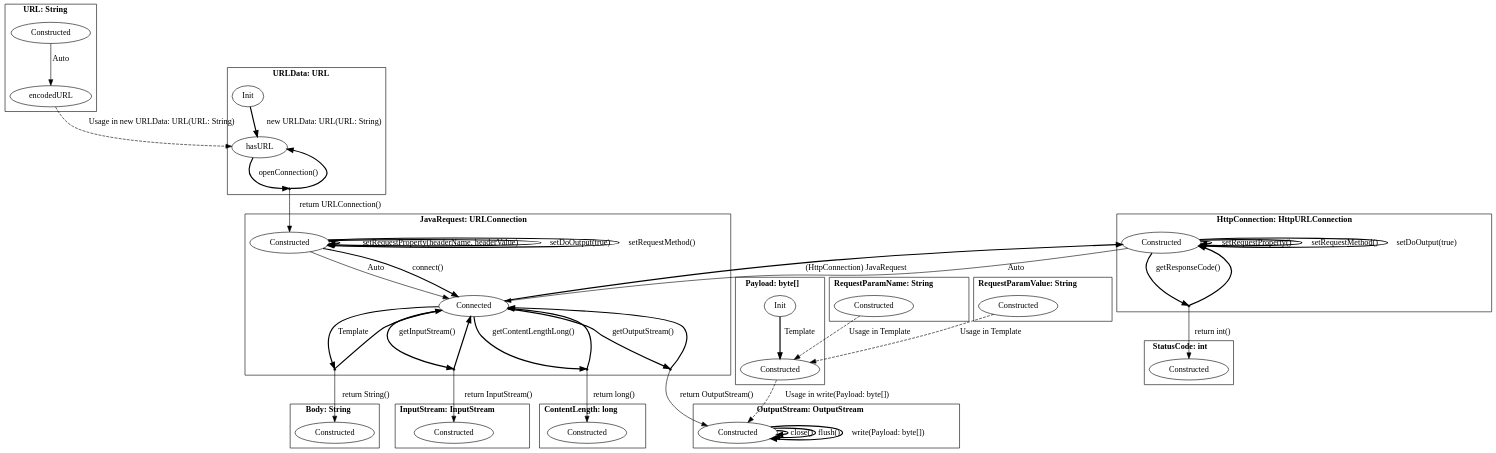
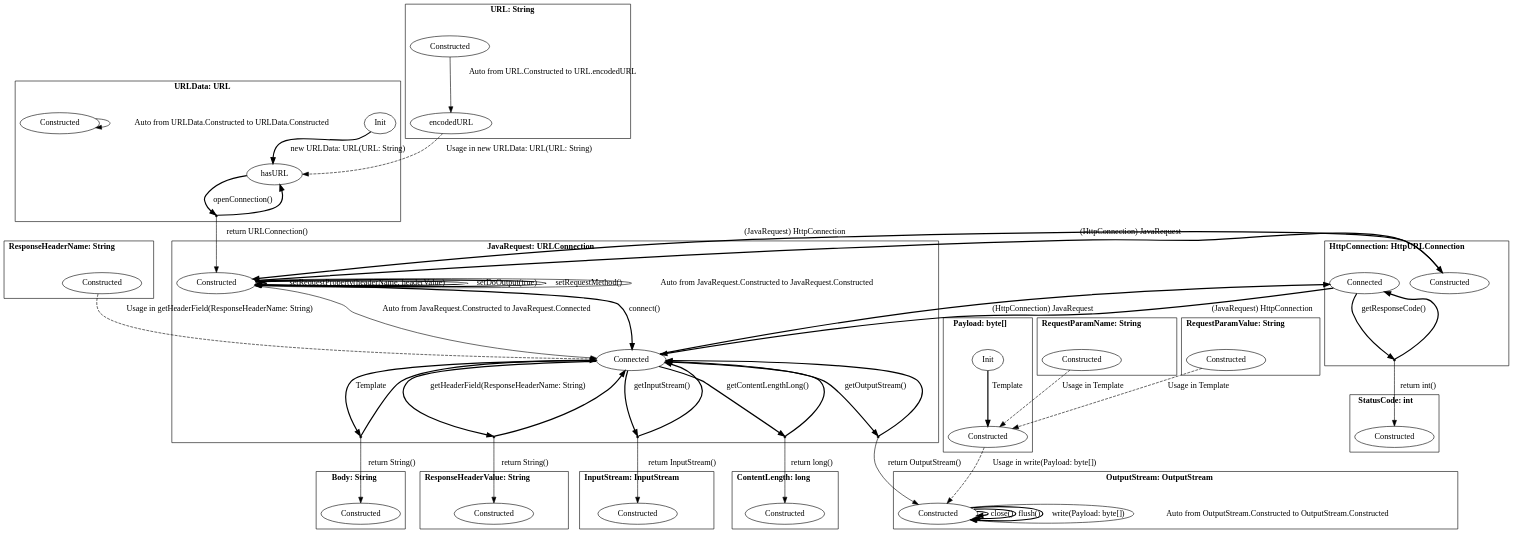
The diagram in pictures/java.dot (h31/LibraryMigration), drawn with Graphviz before and after one commit. The commit also changed 14 other files, not shown here.

```diff
--- a/pictures/java.dot
+++ b/pictures/java.dot
@@ -1,99 +1,116 @@
 digraph G {
     bgcolor="transparent";
     subgraph cluster0 {
     label = <<B>URL: String</B>>;
         Constructed_URL [ label="Constructed" ];
         encodedURL_URL [ label="encodedURL" ];
     }
     subgraph cluster1 {
     label = <<B>URLData: URL</B>>;
         Init_URLData [ label="Init" ];
         hasURL_URLData [ label="hasURL" ];
+        Constructed_URLData [ label="Constructed" ];
         virtual0 [ shape = point ];
     }
     subgraph cluster2 {
     label = <<B>JavaRequest: URLConnection</B>>;
         Constructed_JavaRequest [ label="Constructed" ];
         Connected_JavaRequest [ label="Connected" ];
         virtual1 [ shape = point ];
         virtual2 [ shape = point ];
         virtual3 [ shape = point ];
         virtual4 [ shape = point ];
+        virtual5 [ shape = point ];
     }
     subgraph cluster3 {
     label = <<B>Body: String</B>>;
         Constructed_Body [ label="Constructed" ];
     }
     subgraph cluster4 {
     label = <<B>InputStream: InputStream</B>>;
         Constructed_InputStream [ label="Constructed" ];
     }
     subgraph cluster5 {
     label = <<B>ContentLength: long</B>>;
         Constructed_ContentLength [ label="Constructed" ];
     }
     subgraph cluster6 {
     label = <<B>StatusCode: int</B>>;
         Constructed_StatusCode [ label="Constructed" ];
     }
     subgraph cluster7 {
     label = <<B>HttpConnection: HttpURLConnection</B>>;
         Constructed_HttpConnection [ label="Constructed" ];
-        virtual5 [ shape = point ];
+        Connected_HttpConnection [ label="Connected" ];
+        virtual6 [ shape = point ];
     }
     subgraph cluster8 {
     label = <<B>OutputStream: OutputStream</B>>;
         Constructed_OutputStream [ label="Constructed" ];
     }
     subgraph cluster9 {
     label = <<B>Payload: byte[]</B>>;
         Init_Payload [ label="Init" ];
         Constructed_Payload [ label="Constructed" ];
     }
     subgraph cluster10 {
     label = <<B>RequestParamName: String</B>>;
         Constructed_RequestParamName [ label="Constructed" ];
     }
     subgraph cluster11 {
     label = <<B>RequestParamValue: String</B>>;
         Constructed_RequestParamValue [ label="Constructed" ];
     }
-        Constructed_URL -> encodedURL_URL [ label="Auto", style = "solid"  ];
+    subgraph cluster12 {
+    label = <<B>ResponseHeaderName: String</B>>;
+        Constructed_ResponseHeaderName [ label="Constructed" ];
+    }
+    subgraph cluster13 {
+    label = <<B>ResponseHeaderValue: String</B>>;
+        Constructed_ResponseHeaderValue [ label="Constructed" ];
+    }
+        Constructed_URL -> encodedURL_URL [ label="Auto from URL.Constructed to URL.encodedURL", style = "solid"  ];
         encodedURL_URL -> hasURL_URLData [ label="Usage in new URLData: URL(URL: String)", style = "dashed"  ];
         Init_URLData -> hasURL_URLData [ label="new URLData: URL(URL: String)", style = "bold"  ];
         hasURL_URLData -> virtual0 [ style = "bold" label="openConnection()"  ];
         virtual0 -> hasURL_URLData [ style = "bold"  ];
         virtual0 -> Constructed_JavaRequest [ label="return URLConnection()"  ];
-        Constructed_JavaRequest -> Connected_JavaRequest [ label="Auto", style = "solid"  ];
+        Constructed_URLData -> Constructed_URLData [ label="Auto from URLData.Constructed to URLData.Constructed", style = "solid"  ];
+        Constructed_JavaRequest -> Constructed_HttpConnection [ label="(HttpConnection) JavaRequest", style = "bold"  ];
+        Connected_JavaRequest -> Connected_HttpConnection [ label="(HttpConnection) JavaRequest", style = "bold"  ];
+        Constructed_JavaRequest -> Connected_JavaRequest [ label="Auto from JavaRequest.Constructed to JavaRequest.Connected", style = "solid"  ];
         Constructed_JavaRequest -> Connected_JavaRequest [ label="connect()", style = "bold"  ];
         Connected_JavaRequest -> virtual1 [ style = "bold" label="Template"  ];
         virtual1 -> Connected_JavaRequest [ style = "bold"  ];
         virtual1 -> Constructed_Body [ label="return String()"  ];
         Connected_JavaRequest -> virtual2 [ style = "bold" label="getInputStream()"  ];
         virtual2 -> Connected_JavaRequest [ style = "bold"  ];
         virtual2 -> Constructed_InputStream [ label="return InputStream()"  ];
         Constructed_JavaRequest -> Constructed_JavaRequest [ label="setRequestProperty(headerName, headerValue)", style = "bold"  ];
         Constructed_JavaRequest -> Constructed_JavaRequest [ label="setDoOutput(true)", style = "bold"  ];
         Constructed_JavaRequest -> Constructed_JavaRequest [ label="setRequestMethod()", style = "bold"  ];
         Connected_JavaRequest -> virtual3 [ style = "bold" label="getContentLengthLong()"  ];
         virtual3 -> Connected_JavaRequest [ style = "bold"  ];
         virtual3 -> Constructed_ContentLength [ label="return long()"  ];
         Connected_JavaRequest -> virtual4 [ style = "bold" label="getOutputStream()"  ];
         virtual4 -> Connected_JavaRequest [ style = "bold"  ];
         virtual4 -> Constructed_OutputStream [ label="return OutputStream()"  ];
-        Connected_JavaRequest -> Constructed_HttpConnection [ label="(HttpConnection) JavaRequest", style = "bold"  ];
-        Constructed_HttpConnection -> Connected_JavaRequest [ label="Auto", style = "solid"  ];
-        Constructed_HttpConnection -> virtual5 [ style = "bold" label="getResponseCode()"  ];
-        virtual5 -> Constructed_HttpConnection [ style = "bold"  ];
-        virtual5 -> Constructed_StatusCode [ label="return int()"  ];
-        Constructed_HttpConnection -> Constructed_HttpConnection [ label="setRequestProperty()", style = "bold"  ];
-        Constructed_HttpConnection -> Constructed_HttpConnection [ label="setRequestMethod()", style = "bold"  ];
-        Constructed_HttpConnection -> Constructed_HttpConnection [ label="setDoOutput(true)", style = "bold"  ];
+        Connected_JavaRequest -> virtual5 [ style = "bold" label="getHeaderField(ResponseHeaderName: String)"  ];
+        virtual5 -> Connected_JavaRequest [ style = "bold"  ];
+        virtual5 -> Constructed_ResponseHeaderValue [ label="return String()"  ];
+        Constructed_JavaRequest -> Constructed_JavaRequest [ label="Auto from JavaRequest.Constructed to JavaRequest.Constructed", style = "solid"  ];
+        Constructed_HttpConnection -> Constructed_JavaRequest [ label="(JavaRequest) HttpConnection", style = "bold"  ];
+        Connected_HttpConnection -> Connected_JavaRequest [ label="(JavaRequest) HttpConnection", style = "bold"  ];
+        Connected_HttpConnection -> virtual6 [ style = "bold" label="getResponseCode()"  ];
+        virtual6 -> Connected_HttpConnection [ style = "bold"  ];
+        virtual6 -> Constructed_StatusCode [ label="return int()"  ];
         Constructed_OutputStream -> Constructed_OutputStream [ label="close()", style = "bold"  ];
         Constructed_OutputStream -> Constructed_OutputStream [ label="flush()", style = "bold"  ];
         Constructed_OutputStream -> Constructed_OutputStream [ label="write(Payload: byte[])", style = "bold"  ];
+        Constructed_OutputStream -> Constructed_OutputStream [ label="Auto from OutputStream.Constructed to OutputStream.Constructed", style = "solid"  ];
         Init_Payload -> Constructed_Payload [ label="Template", style = "bold"  ];
         Constructed_Payload -> Constructed_OutputStream [ label="Usage in write(Payload: byte[])", style = "dashed"  ];
         Constructed_RequestParamName -> Constructed_Payload [ label="Usage in Template", style = "dashed"  ];
         Constructed_RequestParamValue -> Constructed_Payload [ label="Usage in Template", style = "dashed"  ];
+        Constructed_ResponseHeaderName -> Connected_JavaRequest [ label="Usage in getHeaderField(ResponseHeaderName: String)", style = "dashed"  ];
 }
```
